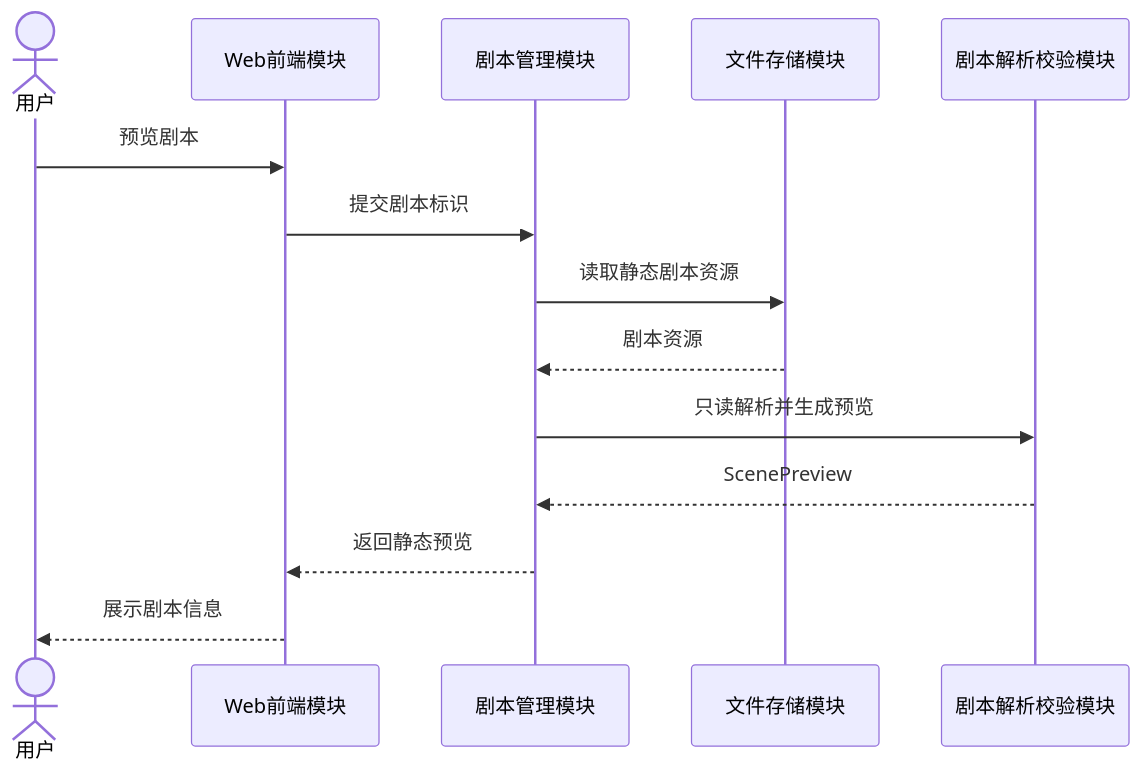
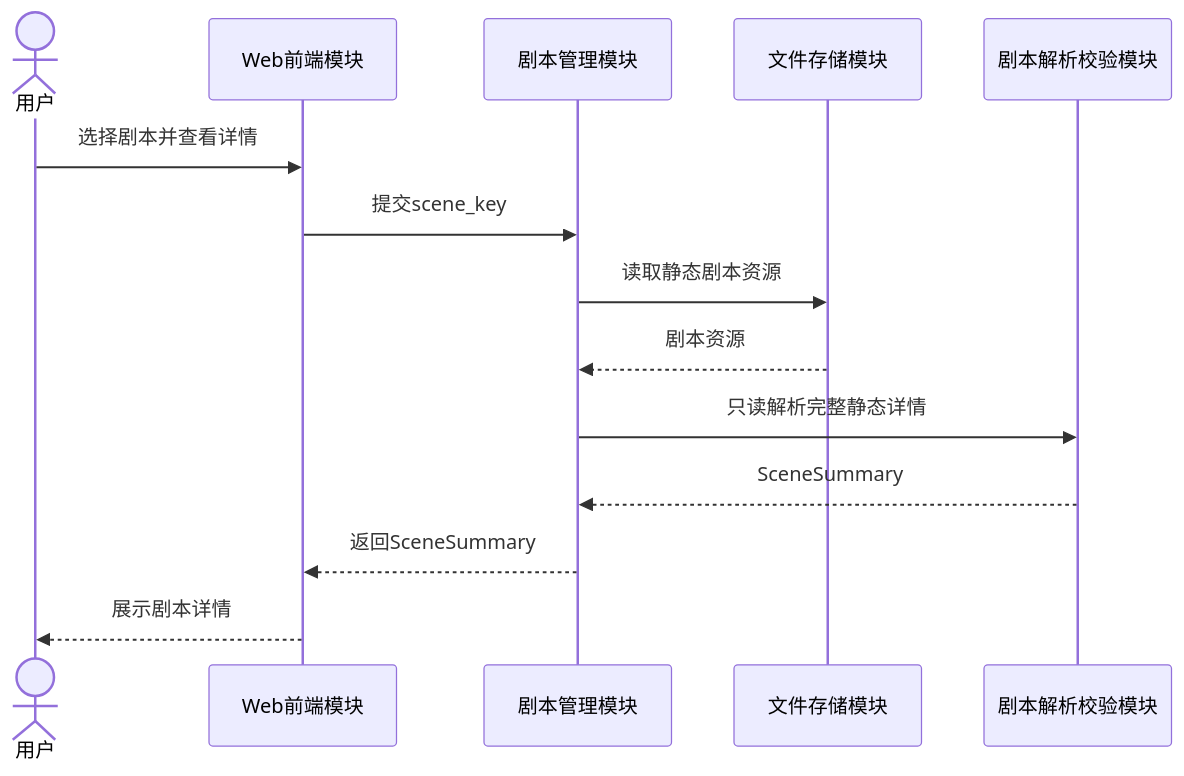
The fifth of 6 diagrams in docs/剧本管理设计.md (RIVERS0FT/AgentNetwork), drawn with Mermaid before and after one commit. The commit also changed other lines of this file, not shown here.

Commit message:
docs: separate scene name list from scene details

````diff
--- a/docs/剧本管理设计.md
+++ b/docs/剧本管理设计.md
@@ -340,17 +352,17 @@
 ```mermaid
 sequenceDiagram
     actor User as 用户
     participant Web as Web前端模块
     participant SceneMgr as 剧本管理模块
     participant Store as 文件存储模块
     participant Parser as 剧本解析校验模块
 
-    User->>Web: 预览剧本
-    Web->>SceneMgr: 提交剧本标识
+    User->>Web: 选择剧本并查看详情
+    Web->>SceneMgr: 提交scene_key
     SceneMgr->>Store: 读取静态剧本资源
     Store-->>SceneMgr: 剧本资源
-    SceneMgr->>Parser: 只读解析并生成预览
-    Parser-->>SceneMgr: ScenePreview
-    SceneMgr-->>Web: 返回静态预览
-    Web-->>User: 展示剧本信息
+    SceneMgr->>Parser: 只读解析完整静态详情
+    Parser-->>SceneMgr: SceneSummary
+    SceneMgr-->>Web: 返回SceneSummary
+    Web-->>User: 展示剧本详情
 ```
````
